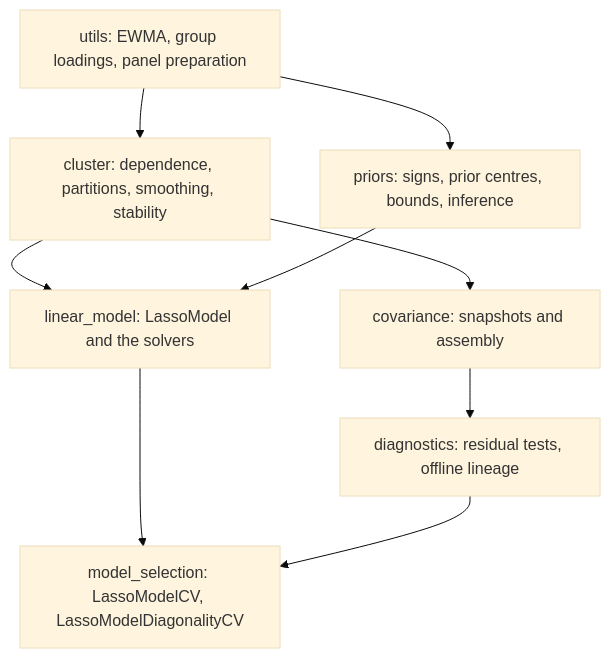
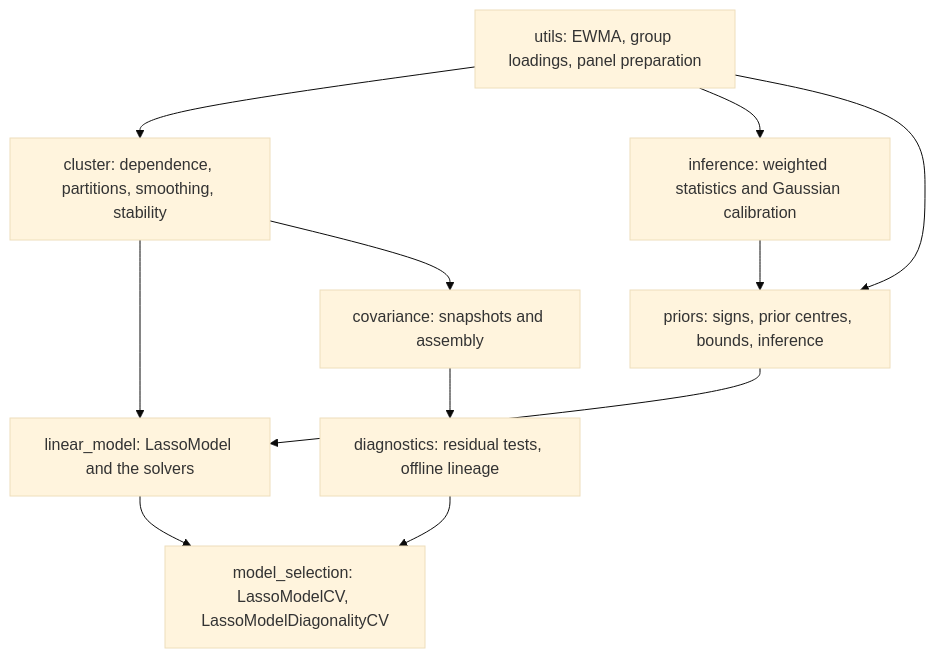
Before and after one commit to ArturSepp/factorlasso: the diagram in docs/software_design.md, drawn with Mermaid (base theme). The commit also changed other lines of this file and 50 other files, not shown here.

Commit message:
Release FactorLasso 1.0.2: weighted inference and residual uncertainty

````diff
--- a/docs/software_design.md
+++ b/docs/software_design.md
@@ -48,18 +50,21 @@
 ```mermaid
 flowchart TB
     utils["utils: EWMA, group loadings, panel preparation"]
     cluster["cluster: dependence, partitions, smoothing, stability"]
     priors["priors: signs, prior centres, bounds, inference"]
     linear["linear_model: LassoModel and the solvers"]
     covariance["covariance: snapshots and assembly"]
     diagnostics["diagnostics: residual tests, offline lineage"]
     selection["model_selection: LassoModelCV, LassoModelDiagonalityCV"]
     utils --> cluster
+    inference["inference: weighted statistics and Gaussian calibration"]
+    utils --> inference
+    inference --> priors
     utils --> priors
     cluster --> linear
     priors --> linear
     cluster --> covariance
     covariance --> diagnostics
     linear --> selection
     diagnostics --> selection
 ```
````
